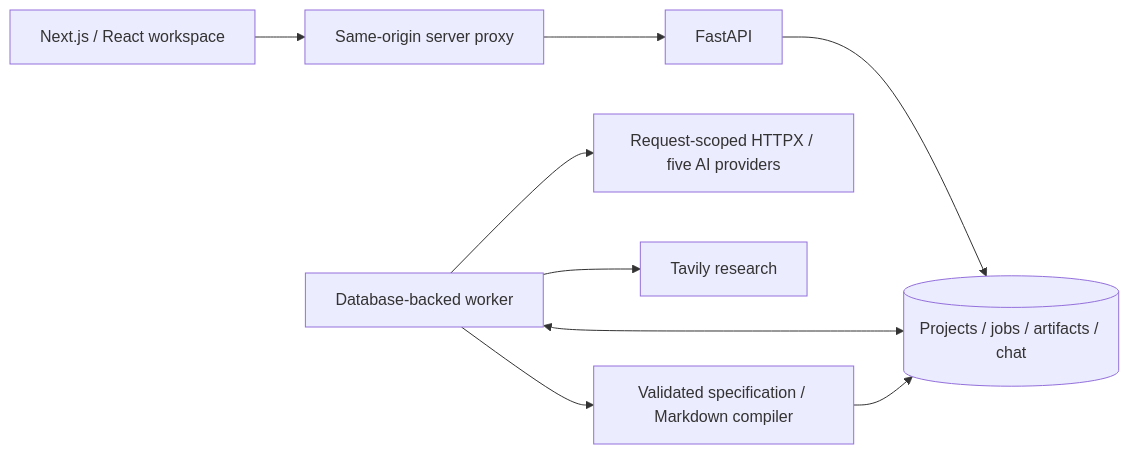
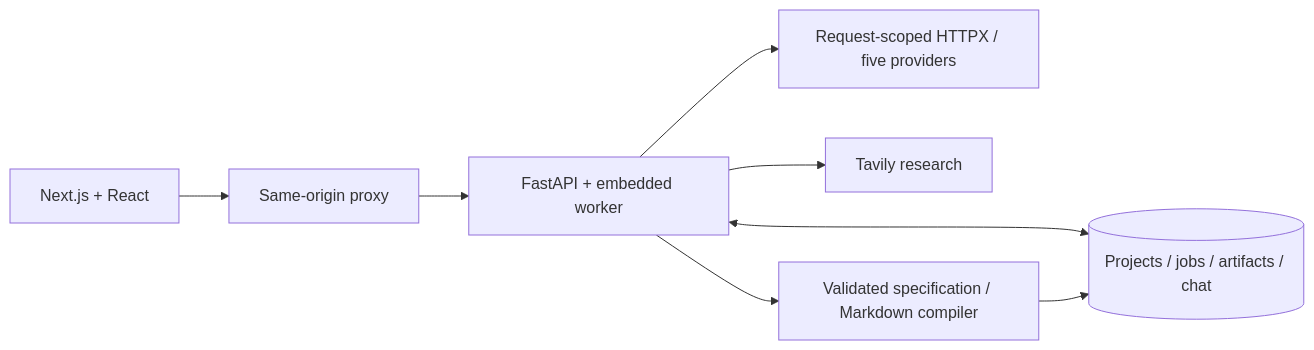
The second of 2 diagrams in README.md (Muneer320/exHacker), drawn with Mermaid before and after one commit. The commit also changed other lines of this file and 11 other files, not shown here.

````diff
--- a/README.md
+++ b/README.md
@@ -206,11 +165,10 @@
 ```mermaid
 flowchart LR
-    Browser[Next.js / React workspace] --> Proxy[Same-origin server proxy]
-    Proxy --> API[FastAPI]
-    API --> DB[(Projects / jobs / artifacts / chat)]
-    Worker[Database-backed worker] <--> DB
-    Worker --> LLM[Request-scoped HTTPX / five AI providers]
-    Worker --> Web[Tavily research]
-    Worker --> MD[Validated specification / Markdown compiler]
+    UI[Next.js + React] --> Proxy[Same-origin proxy]
+    Proxy --> API[FastAPI + embedded worker]
+    API <--> DB[(Projects / jobs / artifacts / chat)]
+    API --> AI[Request-scoped HTTPX / five providers]
+    API --> Web[Tavily research]
+    API --> MD[Validated specification / Markdown compiler]
     MD --> DB
 ```
````
